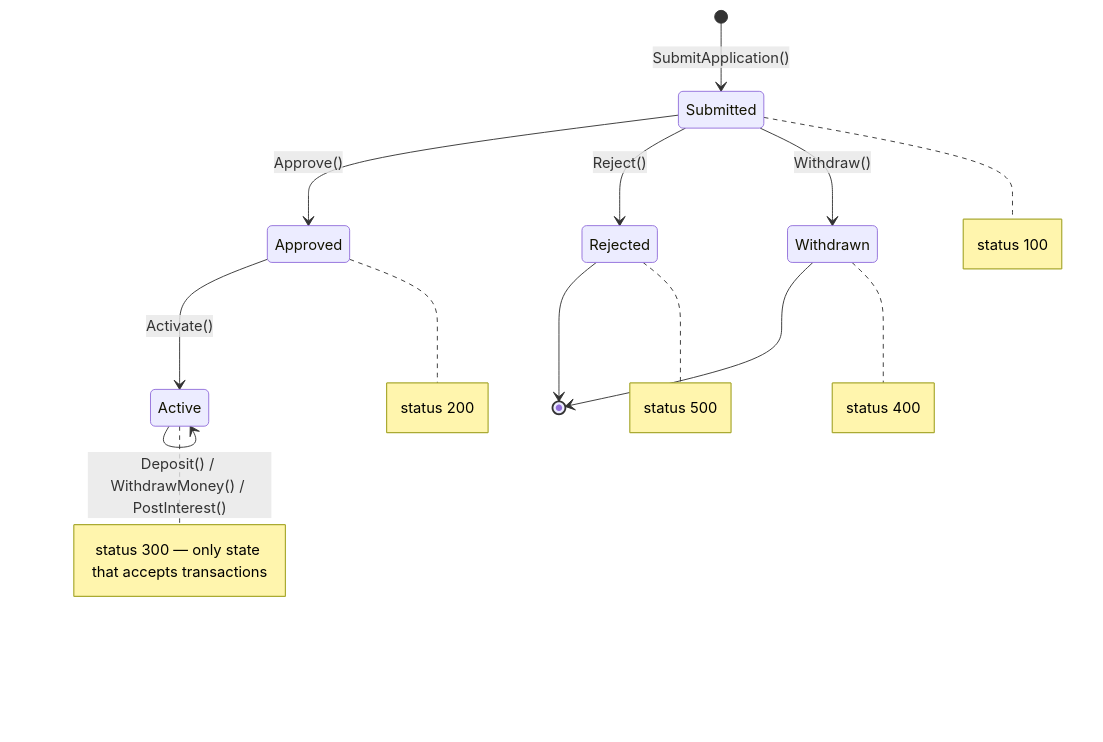
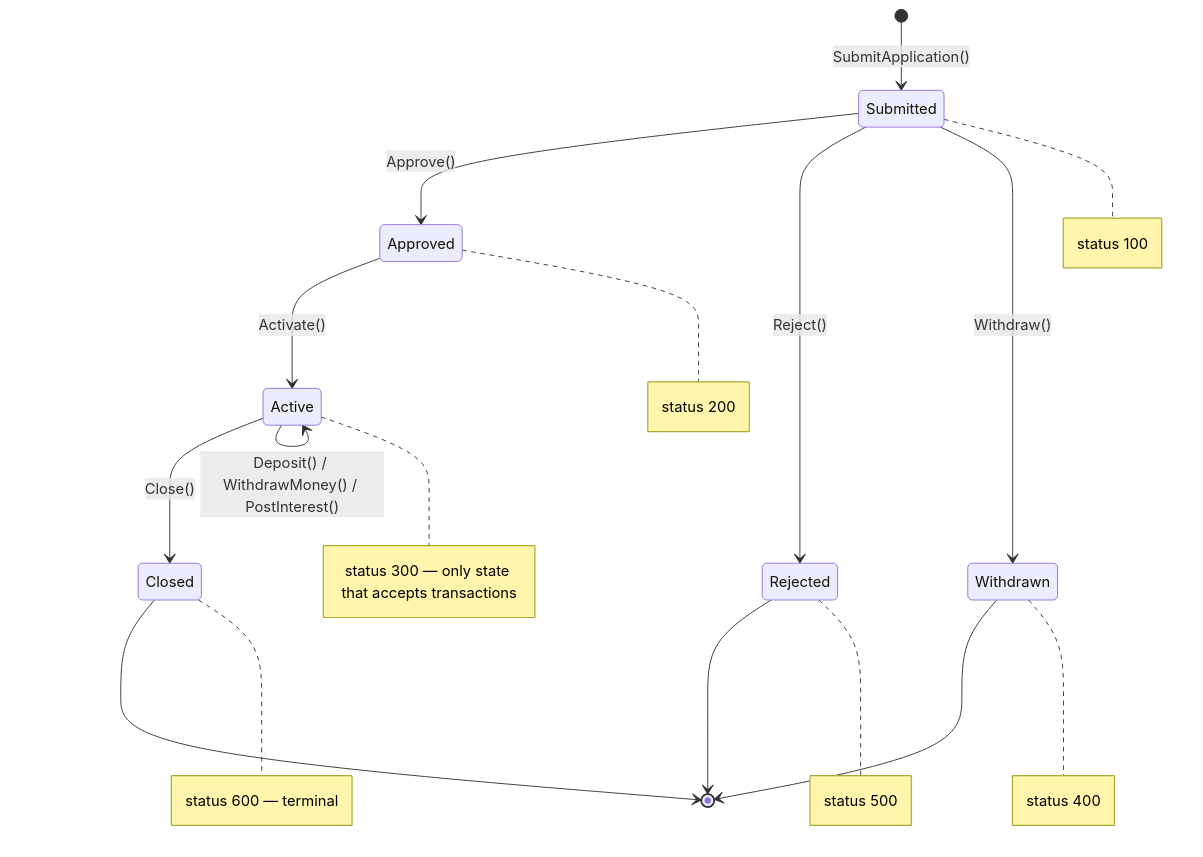
The fifth of 7 diagrams in ARCHITECTURE.md (Anassedemnati/CoreBanking), drawn with Mermaid before and after one commit. The commit also changed other lines of this file and 2 other files, not shown here.

First line of the commit message:
docs(accounts): record savings account closure (architecture + plan + controller remarks)

````diff
--- a/ARCHITECTURE.md
+++ b/ARCHITECTURE.md
@@ -209,17 +210,20 @@
 ```mermaid
 stateDiagram-v2
     [*] --> Submitted : SubmitApplication()
     Submitted --> Approved : Approve()
     Submitted --> Rejected : Reject()
     Submitted --> Withdrawn : Withdraw()
     Approved --> Active : Activate()
     Active --> Active : Deposit() / WithdrawMoney() / PostInterest()
+    Active --> Closed : Close()
     Rejected --> [*]
     Withdrawn --> [*]
+    Closed --> [*]
 
     note right of Submitted : status 100
     note right of Approved : status 200
     note right of Active : status 300 — only state that accepts transactions
     note right of Withdrawn : status 400
     note right of Rejected : status 500
+    note right of Closed : status 600 — terminal
 ```
````
